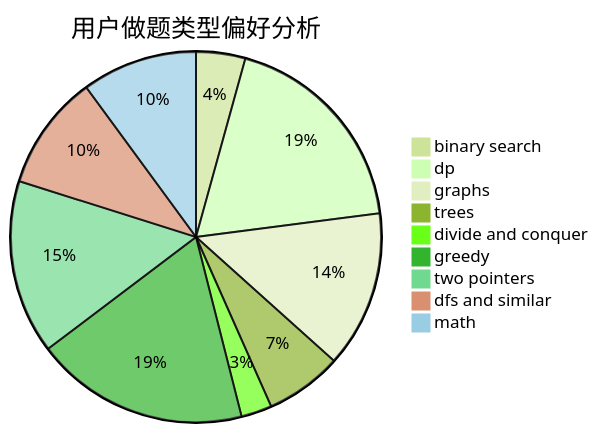
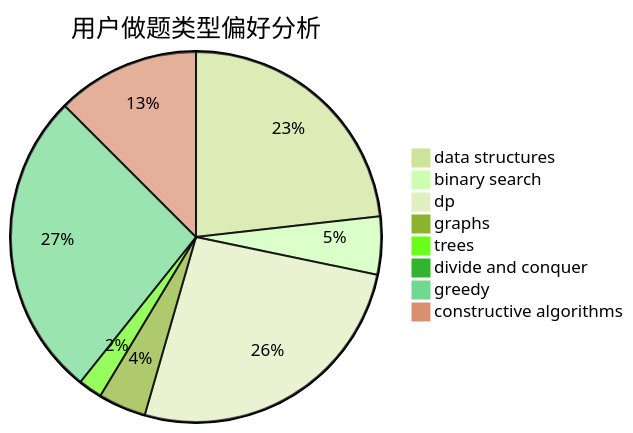
One commit to sherpahu/cfrs.github.io changed the second of 3 diagrams in docs/user/u202.md. Above: the diagram before and after it, drawn with Mermaid (forest theme). The commit also changed other lines of this file and 2775 other files, not shown here.

````diff
--- a/docs/user/u202.md
+++ b/docs/user/u202.md
@@ -23,12 +23,11 @@
 ```mermaid
 pie title 用户做题类型偏好分析
-    "binary search" :  32
-    "dp" :  139
-    "graphs" :  102
-    "trees" :  50
-    "divide and conquer" :  20
-    "greedy" :  139
-    "two pointers" :  113
-    "dfs and similar" :  75
-    "math" :  75
+    "data structures" :  78
+    "binary search" :  17
+    "dp" :  88
+    "graphs" :  14
+    "trees" :  7
+    "divide and conquer" :  0
+    "greedy" :  90
+    "constructive algorithms" :  42
 ```
````
